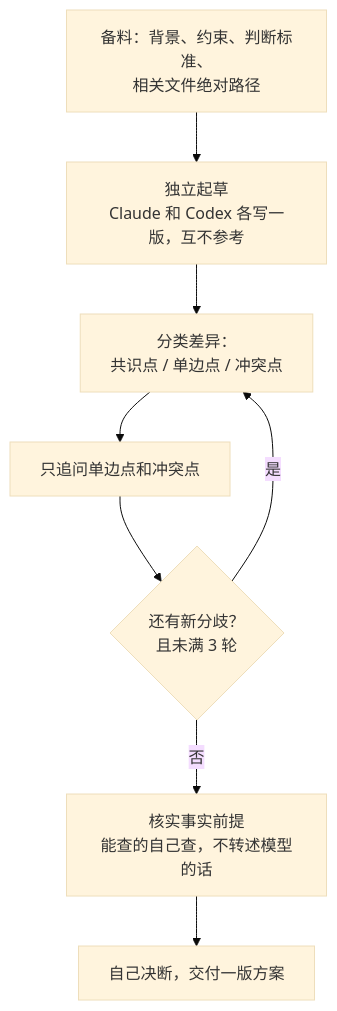
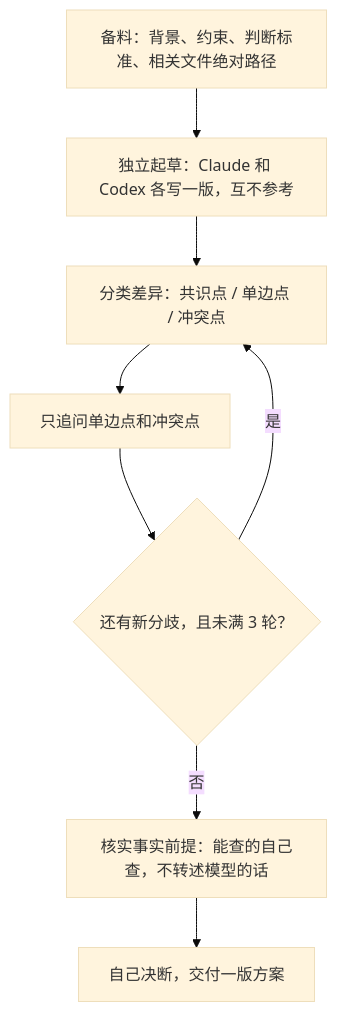
The first of 2 diagrams in README.zh-CN.md (jiayx01/codex-claude-skills), drawn with Mermaid (base theme) before and after one commit. The commit also changed other lines of this file and 1 other file, not shown here.

Commit message:
Fix mermaid node text: <br/> was silently dropped by the renderer
GitHub's mermaid renderer swallowed the <br/> tags without leaving a
space, so English node labels collapsed into unreadable run-ons
("draftClaude", "executes edit code"). Replaced hand-placed line
breaks with colons that separate label from detail — reads correctly
regardless of how the renderer wraps text, in both languages.

````diff
--- a/README.zh-CN.md
+++ b/README.zh-CN.md
@@ -30,10 +30,10 @@
 ```mermaid
 flowchart TD
-    A["备料：背景、约束、判断标准、<br/>相关文件绝对路径"] --> B["独立起草<br/>Claude 和 Codex 各写一版，互不参考"]
-    B --> C["分类差异：<br/>共识点 / 单边点 / 冲突点"]
+    A["备料：背景、约束、判断标准、相关文件绝对路径"] --> B["独立起草：Claude 和 Codex 各写一版，互不参考"]
+    B --> C["分类差异：共识点 / 单边点 / 冲突点"]
     C --> D["只追问单边点和冲突点"]
-    D --> E{"还有新分歧？<br/>且未满 3 轮"}
+    D --> E{"还有新分歧，且未满 3 轮？"}
     E -->|是| C
-    E -->|否| F["核实事实前提<br/>能查的自己查，不转述模型的话"]
+    E -->|否| F["核实事实前提：能查的自己查，不转述模型的话"]
     F --> G["自己决断，交付一版方案"]
 ```
````
